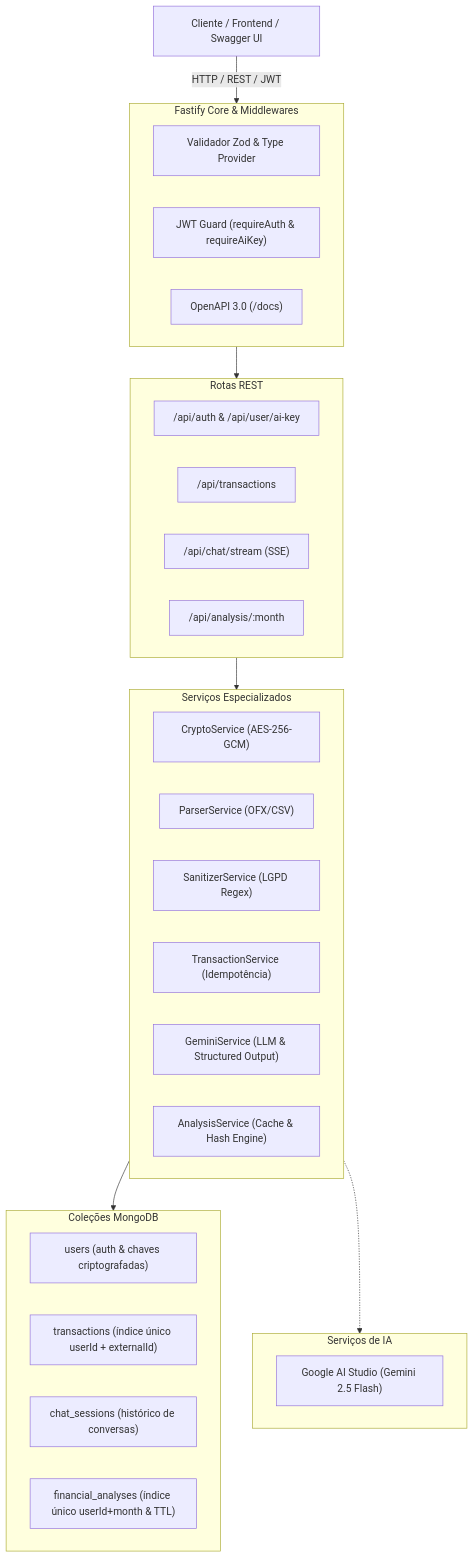
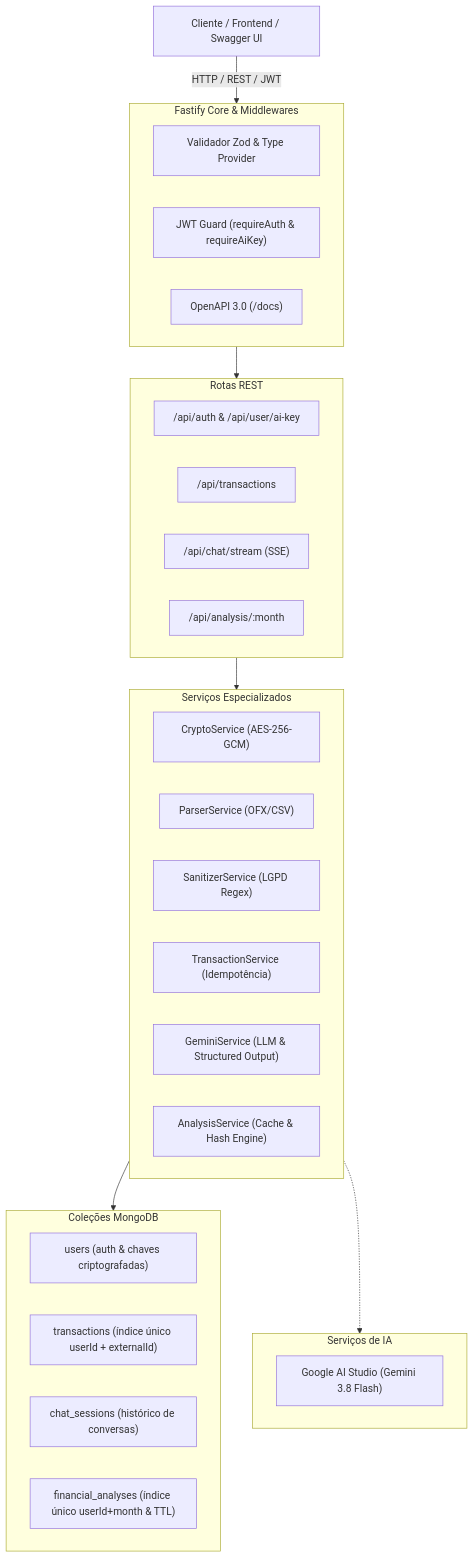
One commit to Projeto-TCC-Dash/projeto-backend-dashboard changed the first of 4 diagrams in README.md. Above: the diagram before and after it, drawn with Mermaid. The commit also changed other lines of this file and 1 other file, not shown here.

Commit message:
chore(config): update default gemini model to gemini-3.8-flash

````diff
--- a/README.md
+++ b/README.md
@@ -66,45 +66,45 @@
 ```mermaid
 flowchart TD
     Client["Cliente / Frontend / Swagger UI"] -->|HTTP / REST / JWT| FastifyApp["Fastify HTTP Server (:3000)"]
 
     subgraph FastifyApp["Fastify Core & Middlewares"]
         ZodValidator["Validador Zod & Type Provider"]
         AuthMiddleware["JWT Guard (requireAuth & requireAiKey)"]
         SwaggerModule["OpenAPI 3.0 (/docs)"]
     end
 
     FastifyApp --> Router["Camada de Rotas"]
 
     subgraph Router["Rotas REST"]
         R_Auth["/api/auth & /api/user/ai-key"]
         R_Tx["/api/transactions"]
         R_Chat["/api/chat/stream (SSE)"]
         R_Analysis["/api/analysis/:month"]
     end
 
     Router --> Services["Camada de Serviços de Domínio"]
 
     subgraph Services["Serviços Especializados"]
         CryptoSvc["CryptoService (AES-256-GCM)"]
         ParserSvc["ParserService (OFX/CSV)"]
         SanitizerSvc["SanitizerService (LGPD Regex)"]
         TxSvc["TransactionService (Idempotência)"]
         GeminiSvc["GeminiService (LLM & Structured Output)"]
         AnalysisSvc["AnalysisService (Cache & Hash Engine)"]
     end
 
     Services --> DataLayer[("MongoDB 7.0")]
 
     subgraph DataLayer["Coleções MongoDB"]
         Coll_Users["users (auth & chaves criptografadas)"]
         Coll_Tx["transactions (índice único userId + externalId)"]
         Coll_Chat["chat_sessions (histórico de conversas)"]
         Coll_Analysis["financial_analyses (índice único userId+month & TTL)"]
     end
 
     Services -.-> ExternalAPIs["APIs Externas"]
 
     subgraph ExternalAPIs["Serviços de IA"]
-        GoogleGemini["Google AI Studio (Gemini 2.5 Flash)"]
+        GoogleGemini["Google AI Studio (Gemini 3.8 Flash)"]
     end
 ```
````
